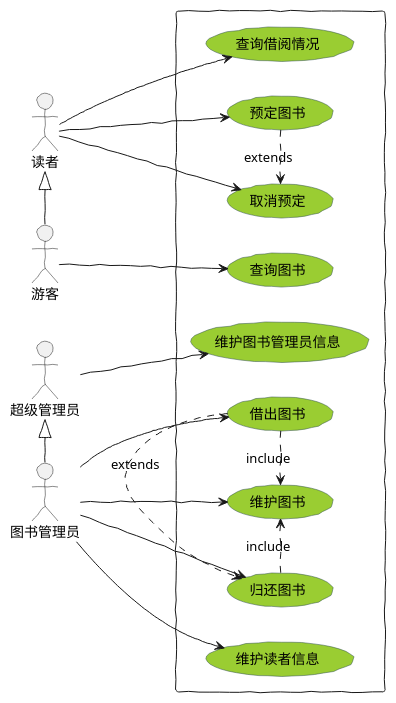
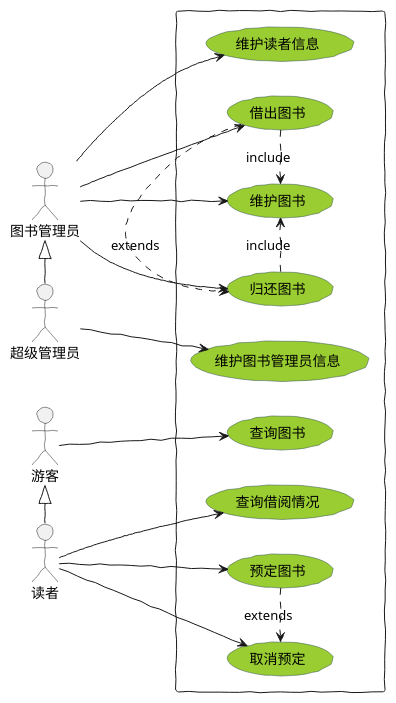
One commit to aGreySky/is_analysis changed the diagram in test2/周志强-用例关系图.wsd. Above: the diagram before and after it, drawn with PlantUML. The commit also changed 2 other files, not shown here.

```diff
--- a/test2/周志强-用例关系图.wsd
+++ b/test2/周志强-用例关系图.wsd
@@ -1,47 +1,50 @@
 @startuml
 
 
 skinparam packageStyle rectangle
 
 :超级管理员: as root
 :图书管理员: as manage
 :游客: as visitor
 :读者: as reader
 
-reader <|- visitor
-root <|- manage
+
 rectangle  {
 	left to right direction
 	manage -> (维护图书)
 	manage --> (借出图书)
 	manage -> (归还图书)
 	manage -> (维护读者信息)
 
 	root --> (维护图书管理员信息)
 
 
+	reader --> (查询借阅情况)
+	reader -> (预定图书)
+	reader -> (取消预定)
+
 	visitor --> (查询图书)
 
-	reader -> (查询借阅情况)
-	reader -> (预定图书)
-	reader -> (取消预定)
 
 	(借出图书) .> (归还图书) : extends
 	(预定图书) .> (取消预定) : extends
 	(借出图书) .> (维护图书) : include
 	(归还图书) .> (维护图书) : include
 
 
 
 }
+
+visitor <|- reader
+manage <|- root
 
 skinparam handwritten true
 skinparam usecase {
 	BackgroundColor YellowGreen
 	BorderColor DarkSlateGray
 	ArrowColor Olive
 	ActorBorderColor black
 	ActorFontName Courier
 
 }
 @enduml
```
